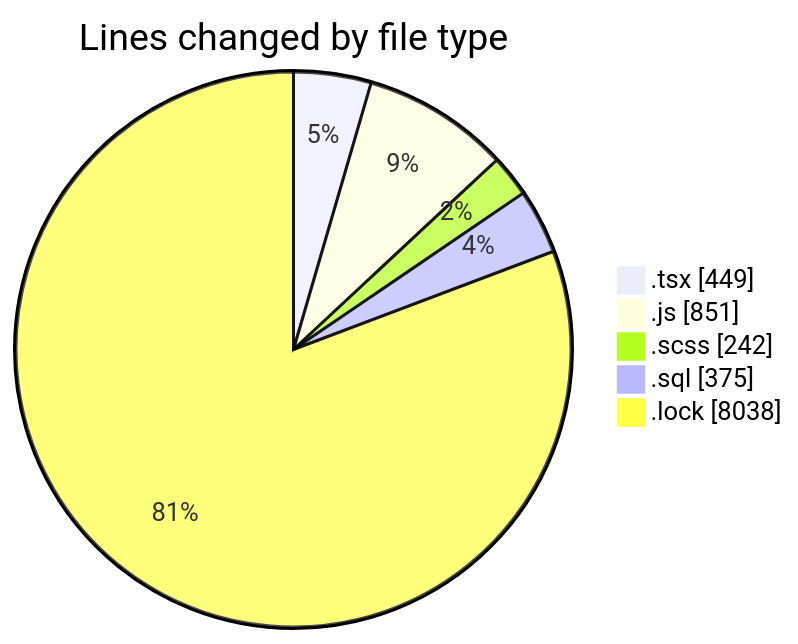
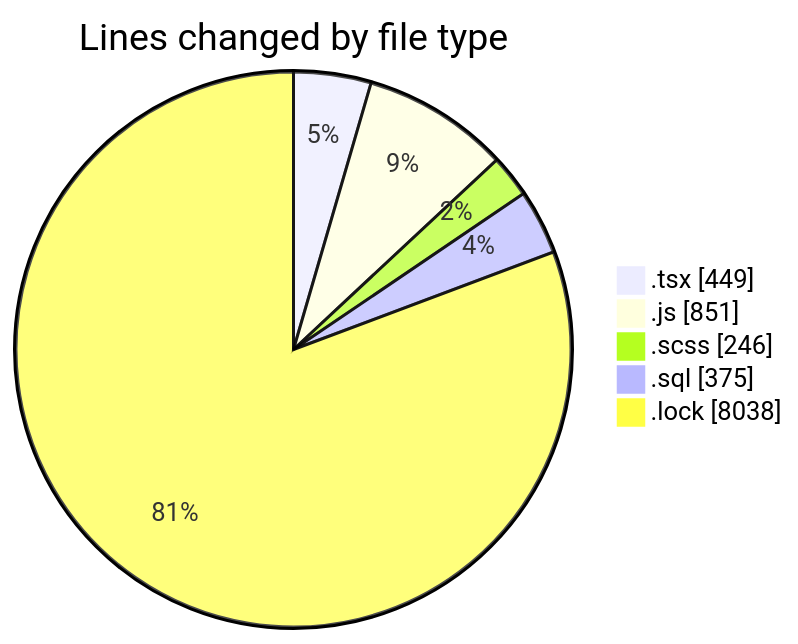
Before and after one commit to momahboobian/code-tracking: the first of 2 diagrams in 2025-03-18/cda/README.md, drawn with Mermaid. The commit also changed other lines of this file and 1 other file, not shown here.

````diff
--- a/2025-03-18/cda/README.md
+++ b/2025-03-18/cda/README.md
@@ -30,9 +30,9 @@
 ```mermaid
 pie showData
 title Lines changed by file type
 ".tsx" : 449
 ".js" : 851
-".scss" : 242
+".scss" : 246
 ".sql" : 375
 ".lock" : 8038
 ```
````
